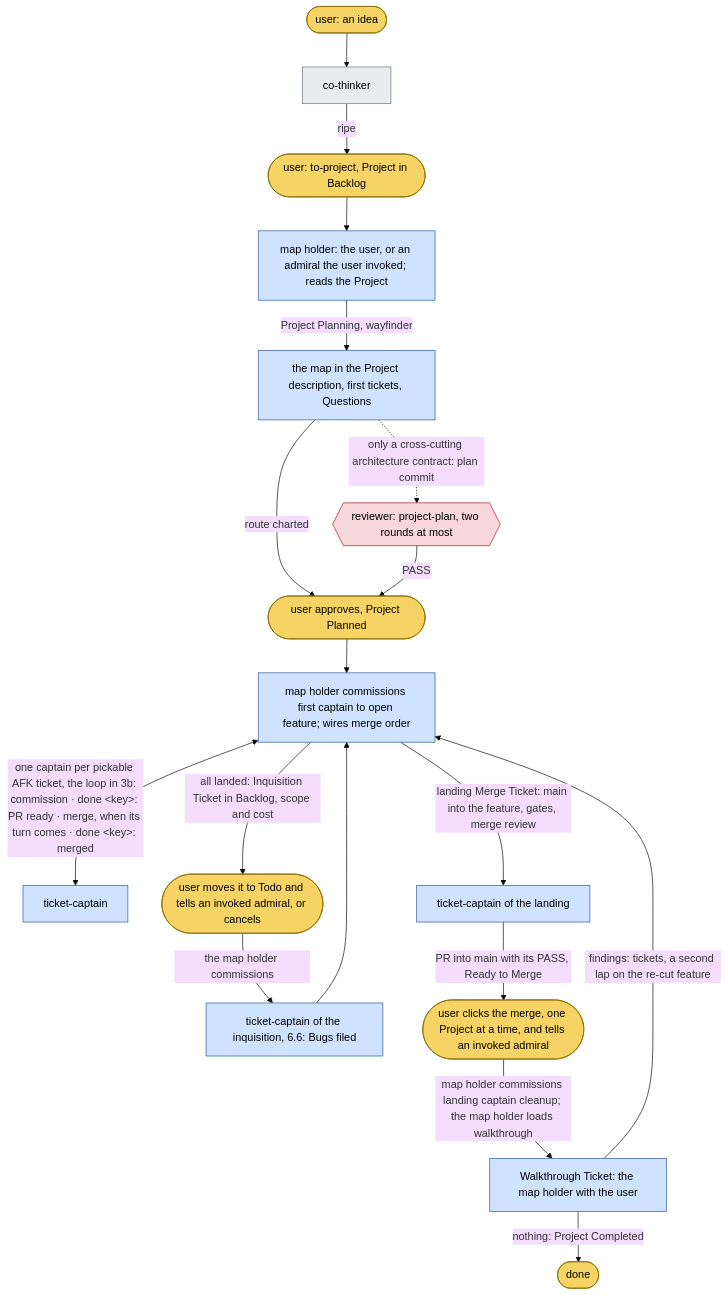
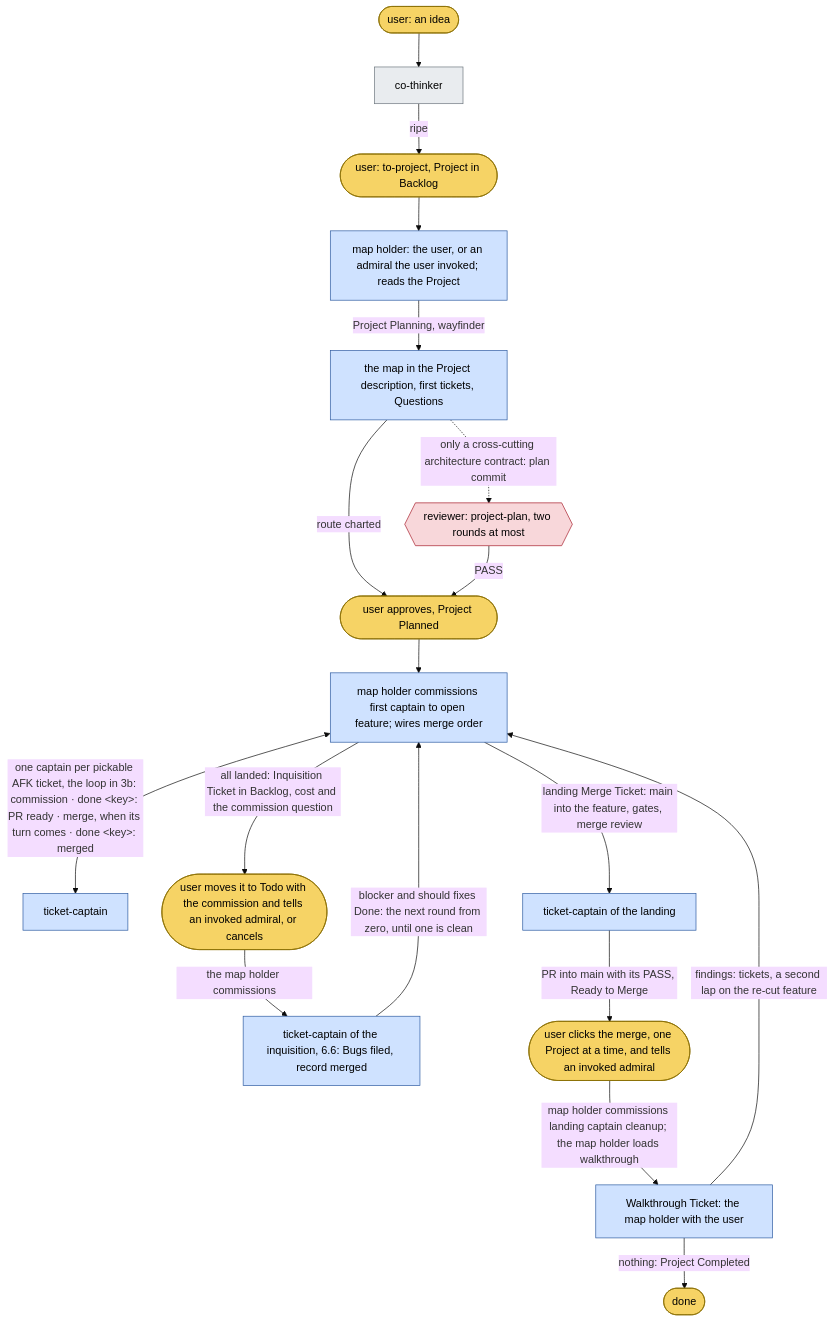
The first of 12 diagrams in dydo/understand/control-flow.md (bodnarbalazs/dydo), drawn with Mermaid (base theme) before and after one commit. The commit also changed other lines of this file and 17 other files, not shown here.

````diff
--- a/dydo/understand/control-flow.md
+++ b/dydo/understand/control-flow.md
@@ -125,26 +126,26 @@
 ```mermaid
 flowchart TD
   classDef human fill:#f6d365,stroke:#8a6d00,color:#000
   classDef session fill:#e9ecef,stroke:#6c757d,color:#000
   classDef officer fill:#cfe2ff,stroke:#2c5aa0,color:#000
   classDef crew fill:#d4edda,stroke:#2e7d32,color:#000
   classDef reviewer fill:#f8d7da,stroke:#a71d2a,color:#000
 
   H0([user: an idea]):::human --> CT[co-thinker]:::session
   CT -->|ripe| TP([user: to-project, Project in Backlog]):::human
   TP --> AD[map holder: the user, or an admiral the user invoked; reads the Project]:::officer
   AD -->|Project Planning, wayfinder| MAP[the map in the Project description, first tickets, Questions]:::officer
   MAP -.->|only a cross-cutting architecture contract: plan commit| RP{{reviewer: project-plan, two rounds at most}}:::reviewer
   MAP -->|route charted| H1([user approves, Project Planned]):::human
   RP -->|PASS| H1
   H1 --> OP[map holder commissions first captain to open feature; wires merge order]:::officer
   OP <-->|"one captain per pickable AFK ticket, the loop in 3b: commission · done &lt;key&gt;: PR ready · merge, when its turn comes · done &lt;key&gt;: merged"| IC[ticket-captain]:::officer
-  OP -->|all landed: Inquisition Ticket in Backlog, scope and cost| H2([user moves it to Todo and tells an invoked admiral, or cancels]):::human
-  H2 -->|the map holder commissions| IQ[ticket-captain of the inquisition, 6.6: Bugs filed]:::officer
-  IQ --> OP
+  OP -->|all landed: Inquisition Ticket in Backlog, cost and the commission question| H2([user moves it to Todo with the commission and tells an invoked admiral, or cancels]):::human
+  H2 -->|the map holder commissions| IQ[ticket-captain of the inquisition, 6.6: Bugs filed, record merged]:::officer
+  IQ -->|blocker and should fixes Done: the next round from zero, until one is clean| OP
   OP -->|landing Merge Ticket: main into the feature, gates, merge review| LM[ticket-captain of the landing]:::officer
   LM -->|PR into main with its PASS, Ready to Merge| H3([user clicks the merge, one Project at a time, and tells an invoked admiral]):::human
   H3 -->|map holder commissions landing captain cleanup; the map holder loads walkthrough| WT[Walkthrough Ticket: the map holder with the user]:::officer
   WT -->|findings: tickets, a second lap on the re-cut feature| OP
   WT -->|nothing: Project Completed| END([done]):::human
 ```
````
